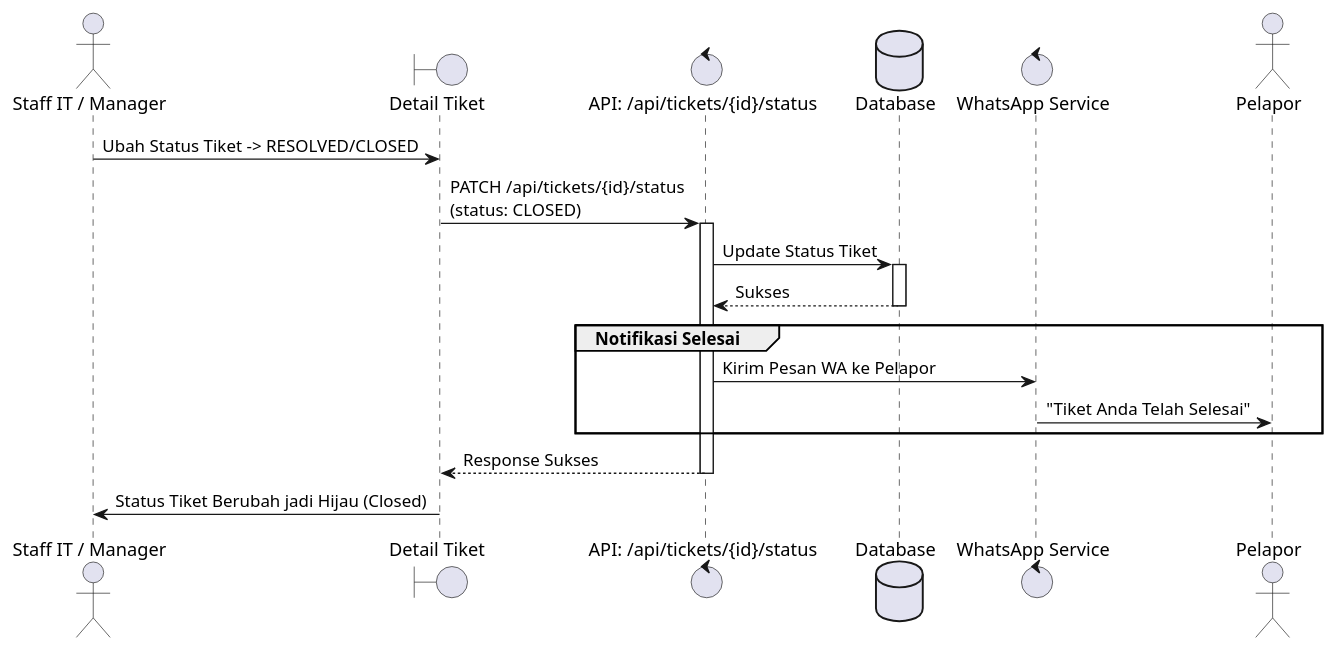
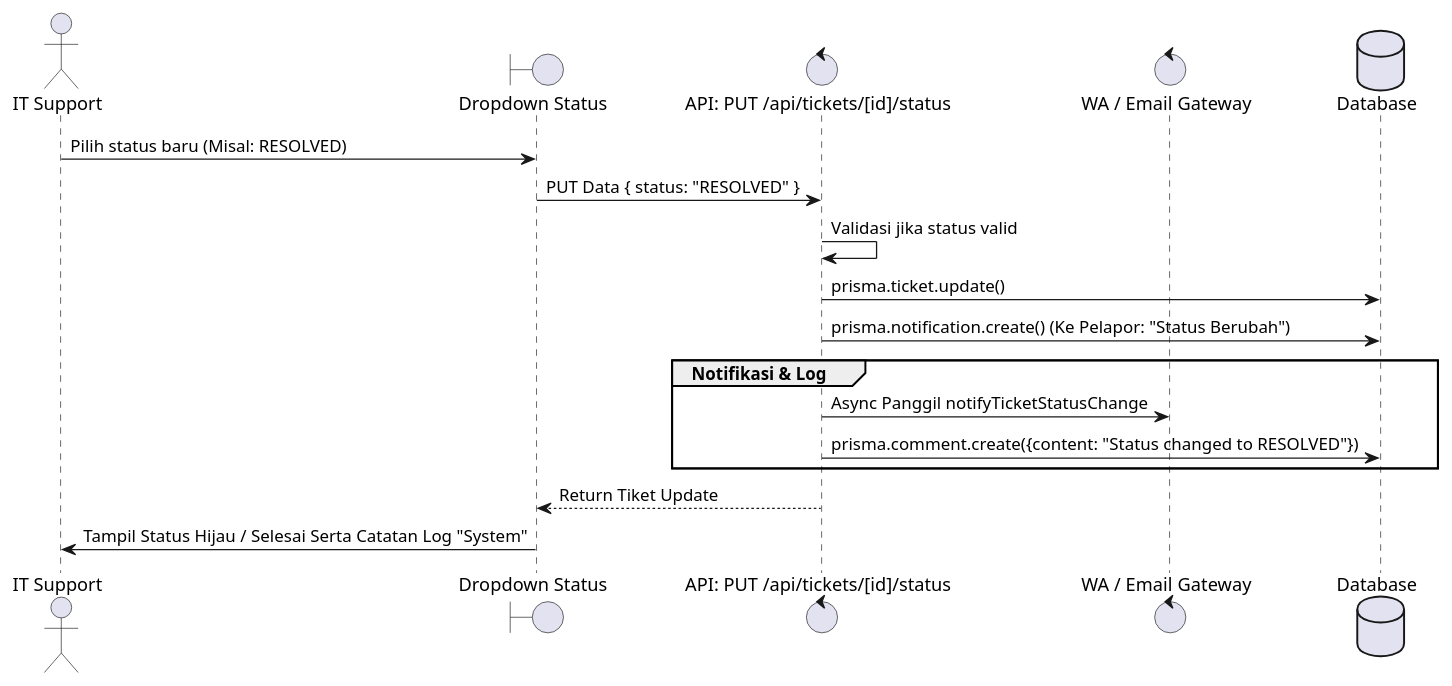
Before and after one commit to mrahmatfadila/bissmillah-skripsi-web: the tenth of 15 diagrams in docs/SEQUENCE_DIAGRAMS_PLANTUML.md, drawn with PlantUML. The commit also changed other lines of this file and 41 other files, not shown here.

````diff
--- a/docs/SEQUENCE_DIAGRAMS_PLANTUML.md
+++ b/docs/SEQUENCE_DIAGRAMS_PLANTUML.md
@@ -176,29 +197,24 @@
 ```plantuml
 @startuml
-actor IT as "Staff IT / Manager"
-boundary UI as "Detail Tiket"
-control API as "API: /api/tickets/{id}/status"
+actor ITSupport as "IT Support"
+boundary UI as "Dropdown Status"
+control Server as "API: PUT /api/tickets/[id]/status"
+control Ext as "WA / Email Gateway"
 database DB as "Database"
-control WA as "WhatsApp Service"
-actor User as "Pelapor"
 
-IT -> UI : Ubah Status Tiket -> RESOLVED/CLOSED
-UI -> API : PATCH /api/tickets/{id}/status\n(status: CLOSED)
-activate API
+ITSupport -> UI : Pilih status baru (Misal: RESOLVED)
+UI -> Server : PUT Data { status: "RESOLVED" }
+Server -> Server : Validasi jika status valid
 
-API -> DB : Update Status Tiket
-activate DB
-DB --> API : Sukses
-deactivate DB
+Server -> DB : prisma.ticket.update()
+Server -> DB : prisma.notification.create() (Ke Pelapor: "Status Berubah")
 
-group Notifikasi Selesai
-    API -> WA : Kirim Pesan WA ke Pelapor
-    WA -> User : "Tiket Anda Telah Selesai"
+group Notifikasi & Log
+    Server -> Ext : Async Panggil notifyTicketStatusChange
+    Server -> DB : prisma.comment.create({content: "Status changed to RESOLVED"})
 end
 
-API --> UI : Response Sukses
-deactivate API
-
-UI -> IT : Status Tiket Berubah jadi Hijau (Closed)
+Server --> UI : Return Tiket Update
+UI -> ITSupport : Tampil Status Hijau / Selesai Serta Catatan Log "System"
 @enduml
 ```
````
